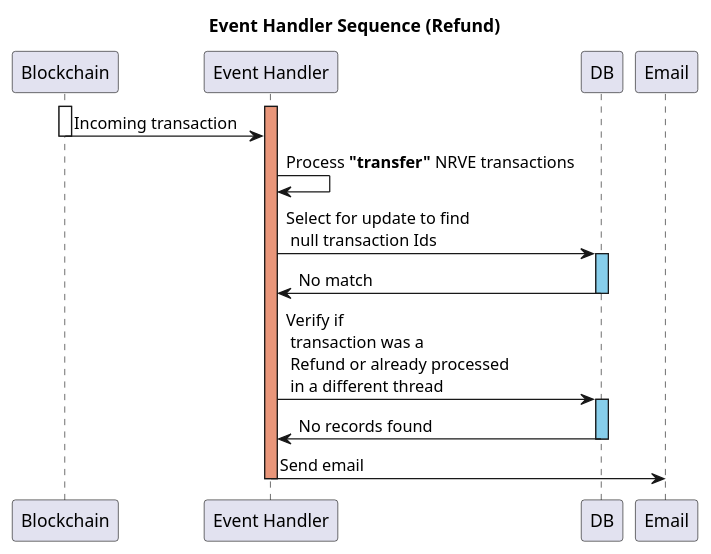
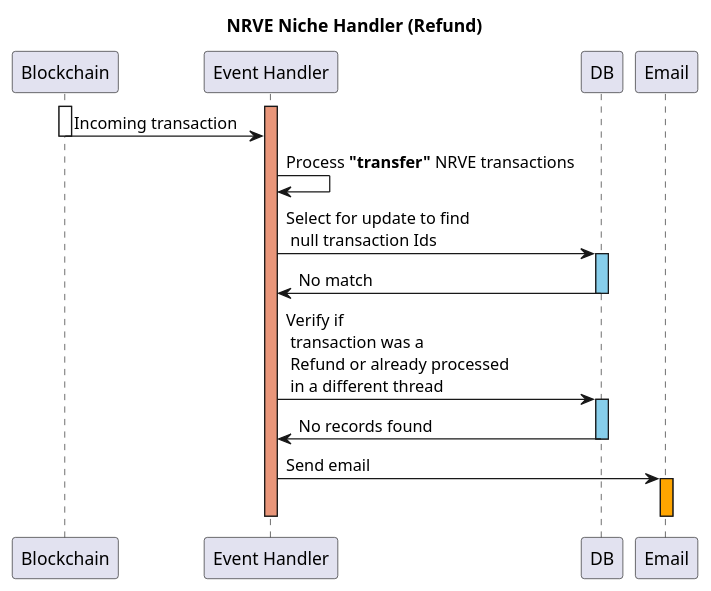
The second of 3 diagrams in util/documentation/NRVE Event Handler.puml (NarrativeCompany/tokensale-neo-smartcontract), drawn with PlantUML before and after one commit. The commit also changed other lines of this file and 2 other files, not shown here.

Commit message:
Componetized do_sc_notify method. Removed cold storage related transactions. Added logic to handle refund and valid transactions. Updated email notifications.

```diff
--- a/util/documentation/NRVE Event Handler.puml
+++ b/util/documentation/NRVE Event Handler.puml
@@ -24,23 +26,25 @@
 @startuml
-title Event Handler Sequence (Refund)
+title NRVE Niche Handler (Refund)
 participant Blockchain as bc
 participant "Event Handler" as ev
 participant DB as db
 participant Email as e
 
 activate ev #darkSalmon
 activate bc
 bc -> ev : Incoming transaction
 deactivate bc
 ev -> ev : Process **"transfer"** NRVE transactions
 ev -> db : Select for update to find \n null transaction Ids
 activate db #skyBlue
 db -> ev : No match
 deactivate db
 ev -> db : Verify if \n transaction was a \n Refund or already processed \n in a different thread
 activate db #skyBlue
 db -> ev : No records found
 deactivate db
 ev -> e : Send email
+activate e #orange
 deactivate ev
+deactivate e
 @enduml
```
